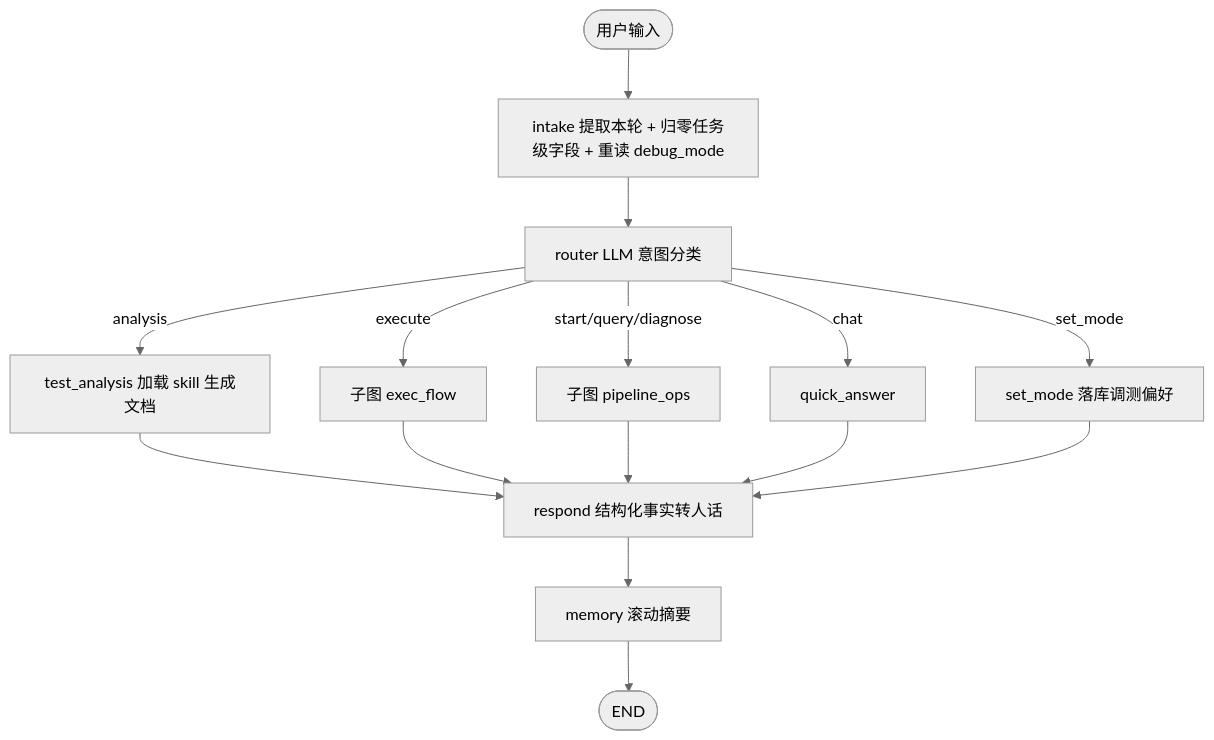
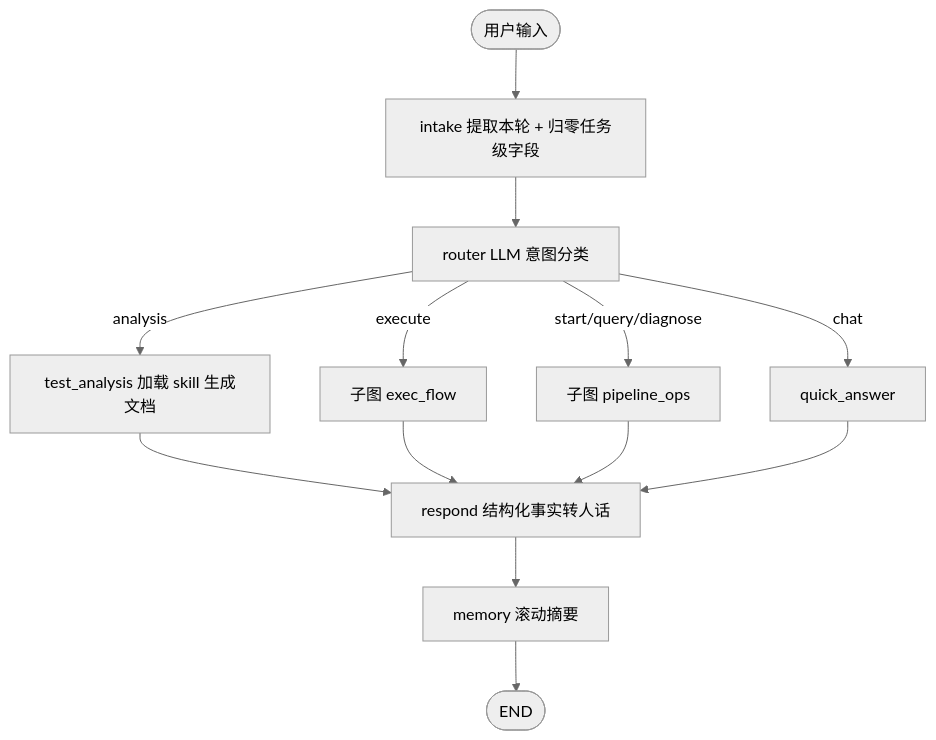
The first of 3 diagrams in docs/interview-guide.md (LuukkaToT/work_agent), drawn with Mermaid (neutral theme) before and after one commit. The commit also changed 22 other files, not shown here.

Commit message:
拆除图中的set_mode以及debugmode节点

````diff
--- a/docs/interview-guide.md
+++ b/docs/interview-guide.md
@@ -74,19 +74,17 @@
 ```mermaid
 flowchart TD
-  Start(["用户输入"]) --> Intake["intake 提取本轮 + 归零任务级字段 + 重读 debug_mode"]
+  Start(["用户输入"]) --> Intake["intake 提取本轮 + 归零任务级字段"]
   Intake --> Router["router LLM 意图分类"]
   Router -->|"analysis"| Analysis["test_analysis 加载 skill 生成文档"]
   Router -->|"execute"| ExecFlow["子图 exec_flow"]
   Router -->|"start/query/diagnose"| PipelineOps["子图 pipeline_ops"]
   Router -->|"chat"| Chat["quick_answer"]
-  Router -->|"set_mode"| SetMode["set_mode 落库调测偏好"]
 
   Analysis --> Respond
   ExecFlow --> Respond
   PipelineOps --> Respond
   Chat --> Respond
-  SetMode --> Respond
 
   Respond["respond 结构化事实转人话"] --> Memory["memory 滚动摘要"]
   Memory --> Finish(["END"])
 ```
````
